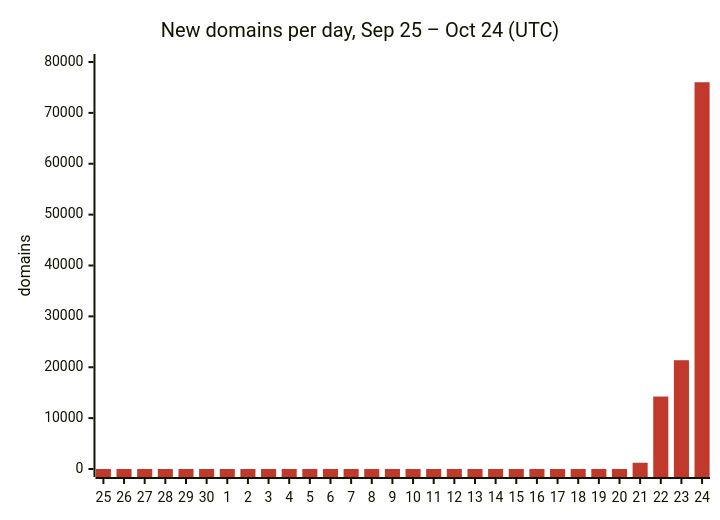
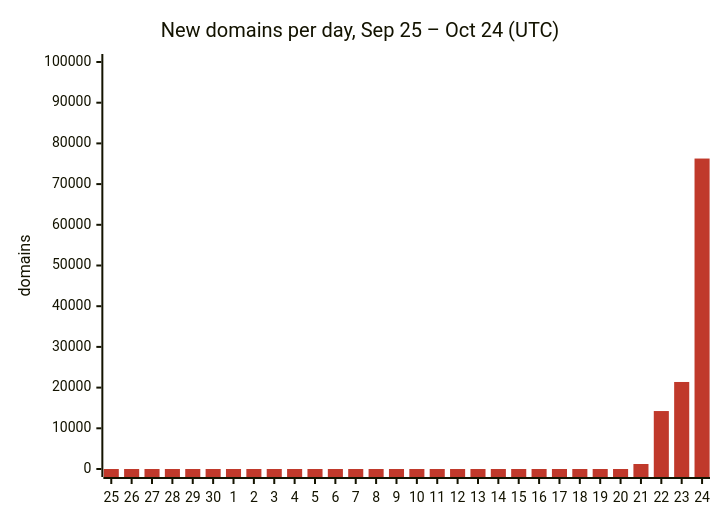
One commit to DNSBunker/CTI changed the first of 3 diagrams in README.md. Above: the diagram before and after it, drawn with Mermaid. The commit also changed other lines of this file and 3 other files, not shown here.

````diff
--- a/README.md
+++ b/README.md
@@ -29,8 +29,8 @@
 ```mermaid
 %%{init: {"themeVariables": {"xyChart": {"plotColorPalette": "#c0392b"}}}}%%
 xychart-beta
     title "New domains per day, Sep 25 – Oct 24 (UTC)"
     x-axis ["25", "26", "27", "28", "29", "30", "1", "2", "3", "4", "5", "6", "7", "8", "9", "10", "11", "12", "13", "14", "15", "16", "17", "18", "19", "20", "21", "22", "23", "24"]
-    y-axis "domains" 0 --> 80000
-    bar [0, 0, 0, 0, 0, 0, 0, 0, 0, 0, 0, 0, 0, 0, 0, 0, 0, 0, 0, 0, 0, 0, 0, 0, 0, 0, 1227, 14240, 21381, 76021]
+    y-axis "domains" 0 --> 100000
+    bar [0, 0, 0, 0, 0, 0, 0, 0, 0, 0, 0, 0, 0, 0, 0, 0, 0, 0, 0, 0, 0, 0, 0, 0, 0, 0, 1227, 14240, 21381, 76279]
 ```
````
